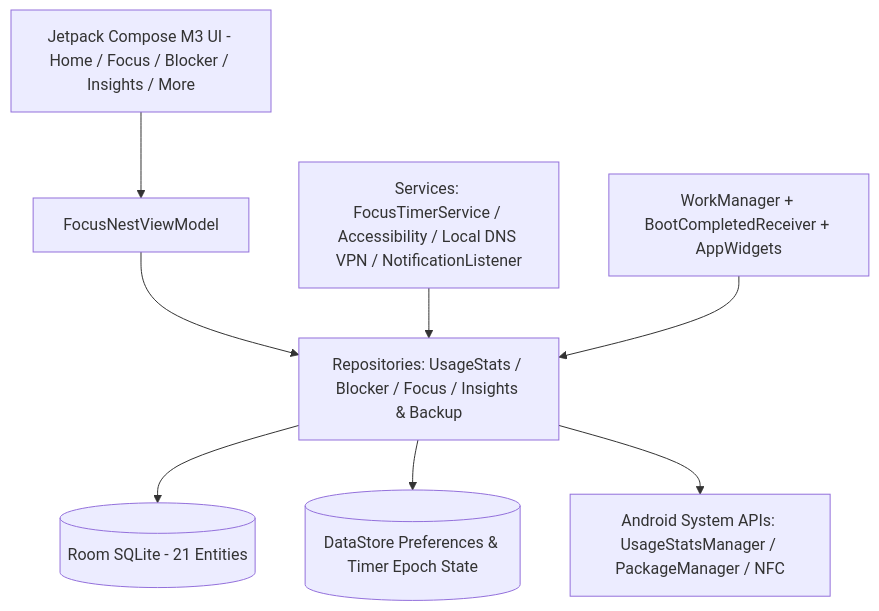
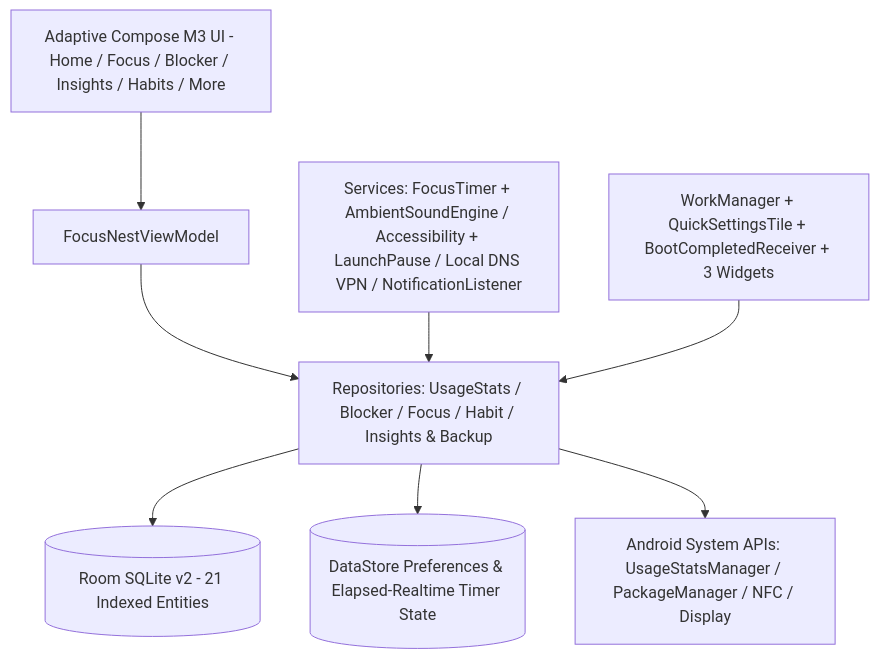
Before and after one commit to PrivMITLab/FocusNest: the diagram in README.md, drawn with Mermaid. The commit also changed other lines of this file and 60 other files, not shown here.

````diff
--- a/README.md
+++ b/README.md
@@ -16,10 +41,10 @@
 ```mermaid
 flowchart TD
-    UI[Jetpack Compose M3 UI - Home / Focus / Blocker / Insights / More] --> VM[FocusNestViewModel]
-    VM --> REPO[Repositories: UsageStats / Blocker / Focus / Insights & Backup]
-    REPO --> ROOM[(Room SQLite - 21 Entities)]
-    REPO --> DS[(DataStore Preferences & Timer Epoch State)]
-    REPO --> SYS[Android System APIs: UsageStatsManager / PackageManager / NFC]
-    SVC[Services: FocusTimerService / Accessibility / Local DNS VPN / NotificationListener] --> REPO
-    WORK[WorkManager + BootCompletedReceiver + AppWidgets] --> REPO
+    UI[Adaptive Compose M3 UI - Home / Focus / Blocker / Insights / Habits / More] --> VM[FocusNestViewModel]
+    VM --> REPO[Repositories: UsageStats / Blocker / Focus / Habit / Insights & Backup]
+    REPO --> ROOM[(Room SQLite v2 - 21 Indexed Entities)]
+    REPO --> DS[(DataStore Preferences & Elapsed-Realtime Timer State)]
+    REPO --> SYS[Android System APIs: UsageStatsManager / PackageManager / NFC / Display]
+    SVC[Services: FocusTimer + AmbientSoundEngine / Accessibility + LaunchPause / Local DNS VPN / NotificationListener] --> REPO
+    WORK[WorkManager + QuickSettingsTile + BootCompletedReceiver + 3 Widgets] --> REPO
 ```
````
